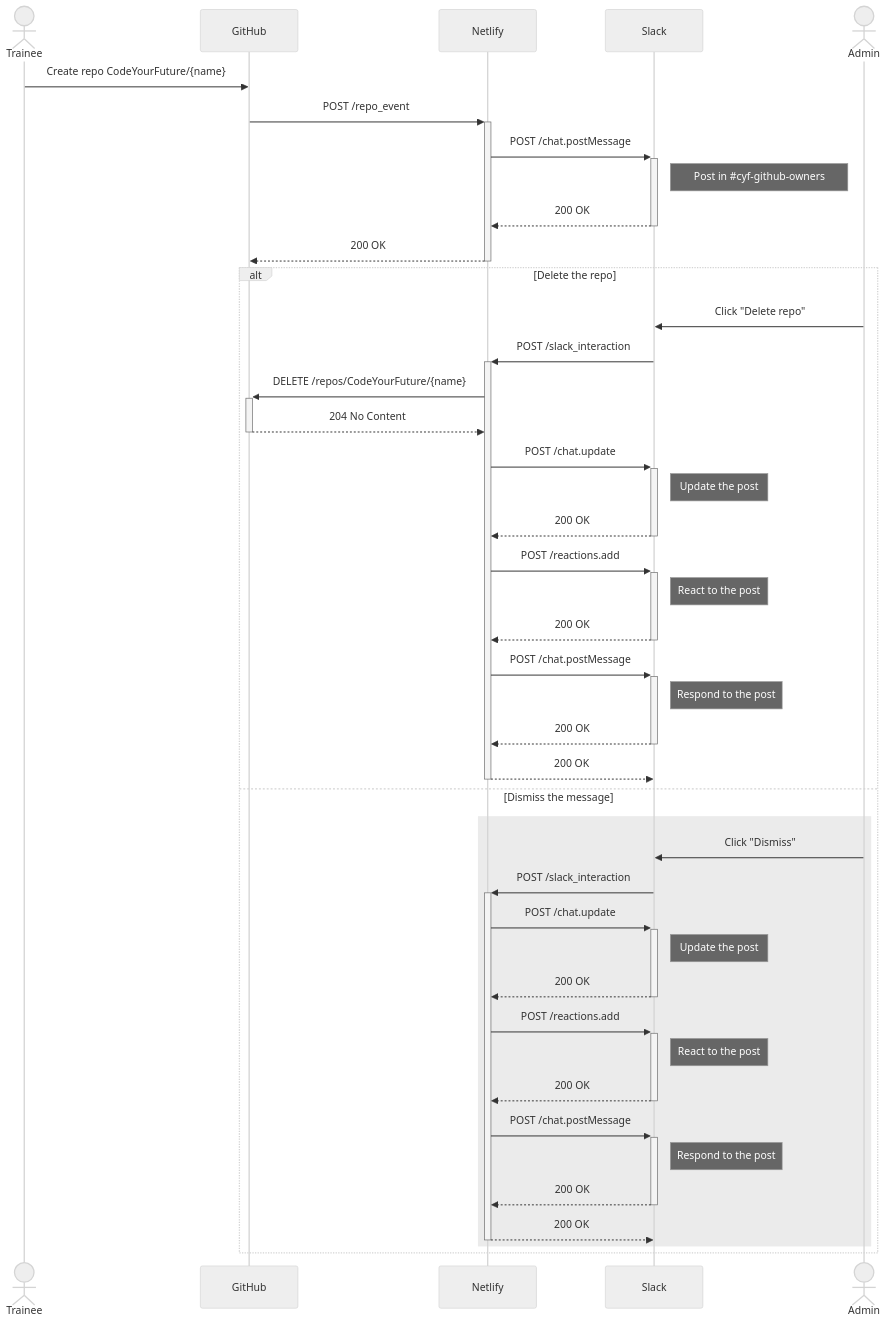
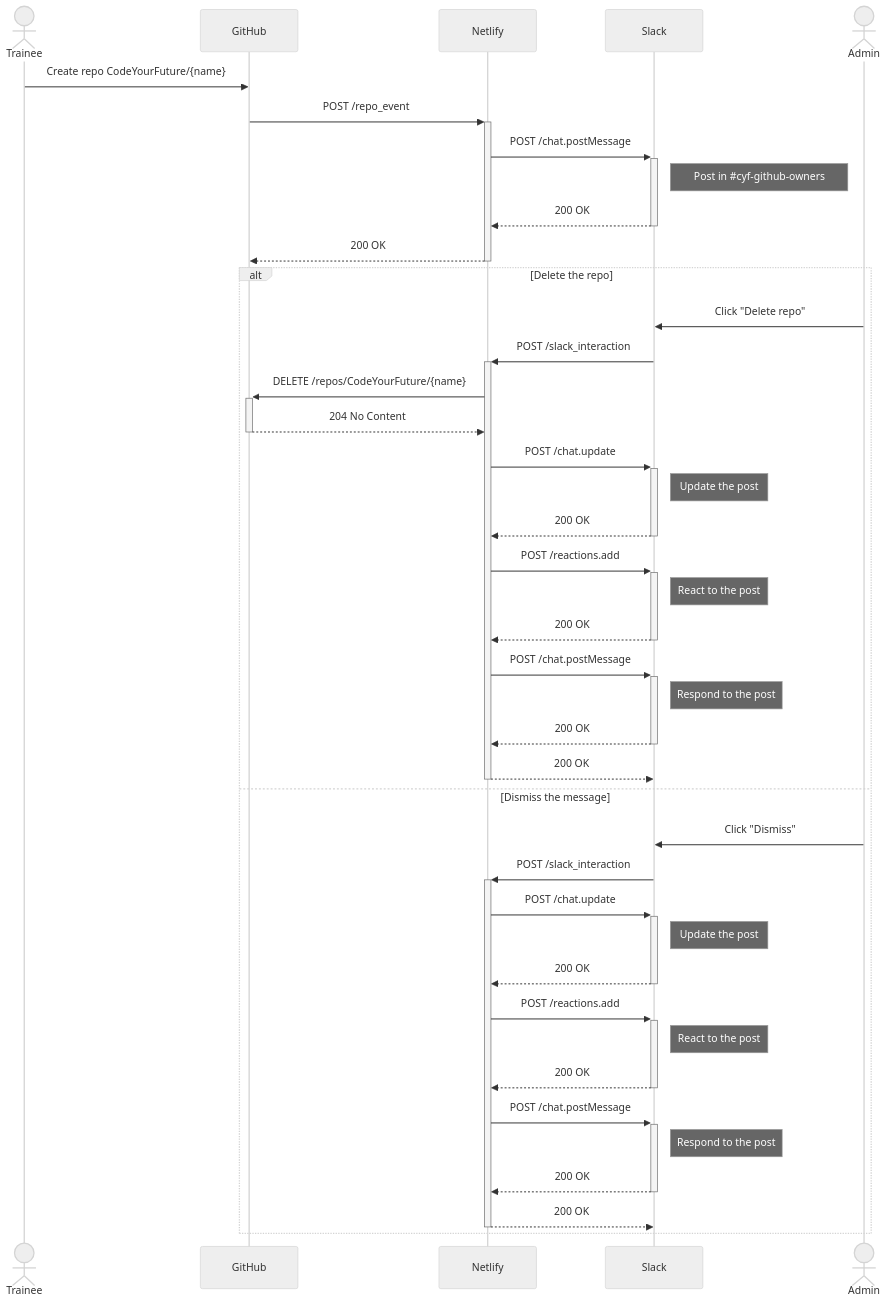
One commit to CodeYourFuture/gitbot changed the diagram in README.md. Above: the diagram before and after it, drawn with Mermaid (neutral theme). The commit also changed other lines of this file and 6 other files, not shown here.

````diff
--- a/README.md
+++ b/README.md
@@ -26,45 +24,43 @@
 ```mermaid
 sequenceDiagram
     actor Trainee
     participant GitHub
     participant Netlify
     participant Slack
     Trainee->>GitHub: Create repo CodeYourFuture/{name}
     GitHub->>+Netlify: POST /repo_event
     Netlify->>+Slack: POST /chat.postMessage
     Note right of Slack: Post in #35;cyf-github-owners
     Slack-->>-Netlify: 200 OK
     Netlify-->>-GitHub: 200 OK
     actor Admin
     alt Delete the repo
     Admin->>Slack: Click "Delete repo"
     Slack->>+Netlify: POST /slack_interaction
     Netlify->>+GitHub: DELETE /repos/CodeYourFuture/{name}
     GitHub-->>-Netlify: 204 No Content
     Netlify->>+Slack: POST /chat.update
     Note right of Slack: Update the post
     Slack-->>-Netlify: 200 OK
     Netlify->>+Slack: POST /reactions.add
     Note right of Slack: React to the post
     Slack-->>-Netlify: 200 OK
     Netlify->>+Slack: POST /chat.postMessage
     Note right of Slack: Respond to the post
     Slack-->>-Netlify: 200 OK
     Netlify-->>-Slack: 200 OK
     else Dismiss the message
-    rect rgb(235, 235, 235)
     Admin->>Slack: Click "Dismiss"
     Slack->>+Netlify: POST /slack_interaction
     Netlify->>+Slack: POST /chat.update
     Note right of Slack: Update the post
     Slack-->>-Netlify: 200 OK
     Netlify->>+Slack: POST /reactions.add
     Note right of Slack: React to the post
     Slack-->>-Netlify: 200 OK
     Netlify->>+Slack: POST /chat.postMessage
     Note right of Slack: Respond to the post
     Slack-->>-Netlify: 200 OK
     Netlify-->>-Slack: 200 OK
     end
-    end
 ```
````
